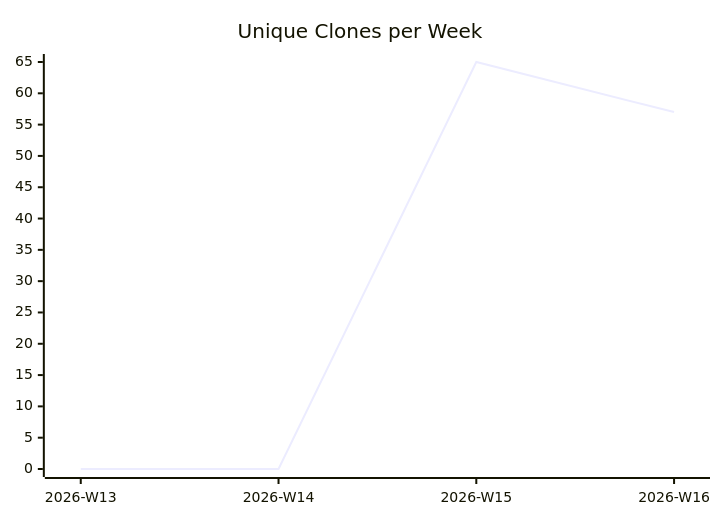
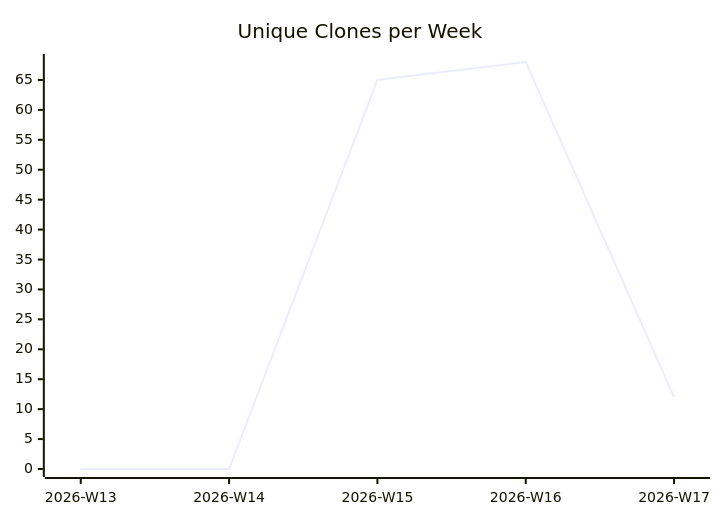
One commit to justdavis-family/github-analytics-data changed the third of 3 diagrams in justdavis-family/github-analytics-data/README.md. Above: the diagram before and after it, drawn with Mermaid. The commit also changed other lines of this file and 192 other files, not shown here.

````diff
--- a/justdavis-family/github-analytics-data/README.md
+++ b/justdavis-family/github-analytics-data/README.md
@@ -19,6 +19,6 @@
 ```mermaid
 xychart-beta
   title "Unique Clones per Week"
-  x-axis ["2026-W13", "2026-W14", "2026-W15", "2026-W16"]
-  line [0, 0, 65, 57]
+  x-axis ["2026-W13", "2026-W14", "2026-W15", "2026-W16", "2026-W17"]
+  line [0, 0, 65, 68, 12]
 ```
````
